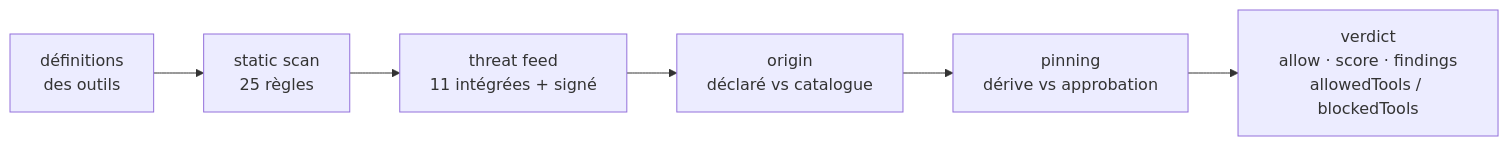
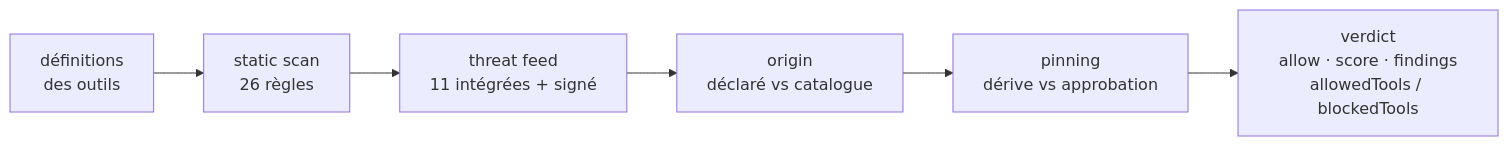
One commit to alexar76/warden changed the diagram in README-fr.md. Above: the diagram before and after it, drawn with Mermaid. The commit also changed other lines of this file and 22 other files, not shown here.

````diff
--- a/README-fr.md
+++ b/README-fr.md
@@ -137,8 +137,8 @@
 ```mermaid
 flowchart LR
-  T["définitions<br/>des outils"] --> S["static scan<br/>25 règles"]
+  T["définitions<br/>des outils"] --> S["static scan<br/>26 règles"]
   S --> F["threat feed<br/>11 intégrées + signé"]
   F --> O["origin<br/>déclaré vs catalogue"]
   O --> P["pinning<br/>dérive vs approbation"]
   P --> V["verdict<br/>allow · score · findings<br/>allowedTools / blockedTools"]
 ```
````
